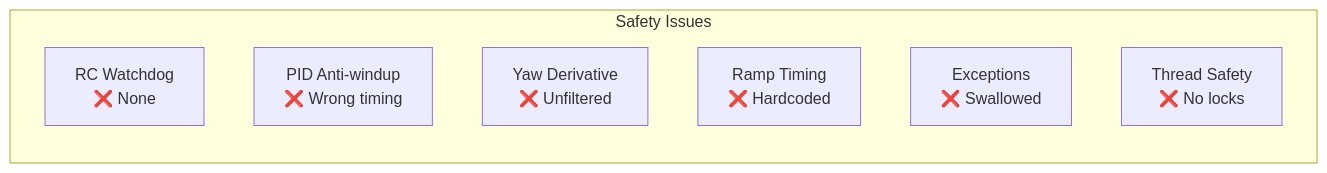
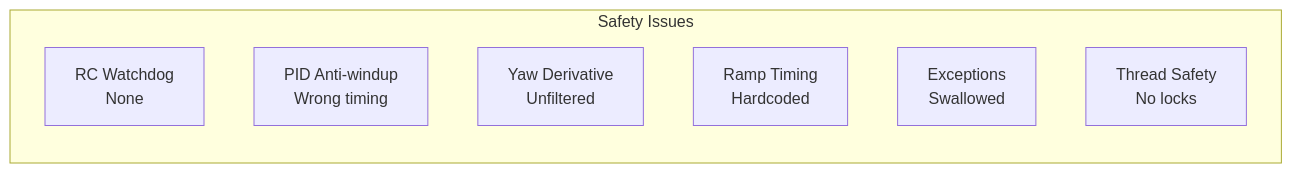
One commit to fh1m/duburi-codebase changed the second of 16 diagrams in analysis/design-decisions/control-stack-redesign.md. Above: the diagram before and after it, drawn with Mermaid. The commit also changed other lines of this file and 30 other files, not shown here.

````diff
--- a/analysis/design-decisions/control-stack-redesign.md
+++ b/analysis/design-decisions/control-stack-redesign.md
@@ -64,11 +64,11 @@
 ```mermaid
 flowchart LR
-    subgraph "Safety Issues"
-        C1[RC Watchdog<br/>❌ None]
-        C2[PID Anti-windup<br/>❌ Wrong timing]
-        C3[Yaw Derivative<br/>❌ Unfiltered]
-        C4[Ramp Timing<br/>❌ Hardcoded]
-        C5[Exceptions<br/>❌ Swallowed]
-        C6[Thread Safety<br/>❌ No locks]
-    end
+ subgraph "Safety Issues"
+ C1[RC Watchdog<br/> None]
+ C2[PID Anti-windup<br/> Wrong timing]
+ C3[Yaw Derivative<br/> Unfiltered]
+ C4[Ramp Timing<br/> Hardcoded]
+ C5[Exceptions<br/> Swallowed]
+ C6[Thread Safety<br/> No locks]
+ end
 ```
````
